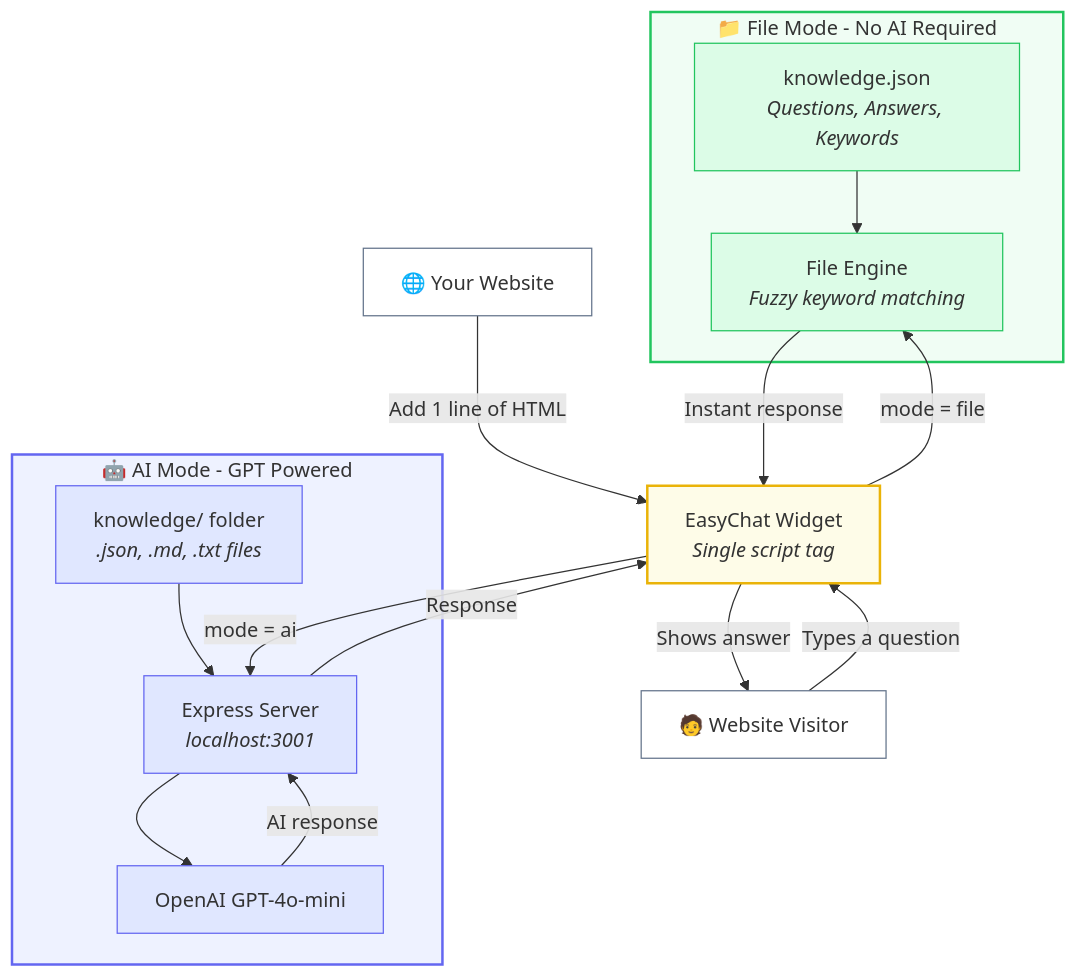
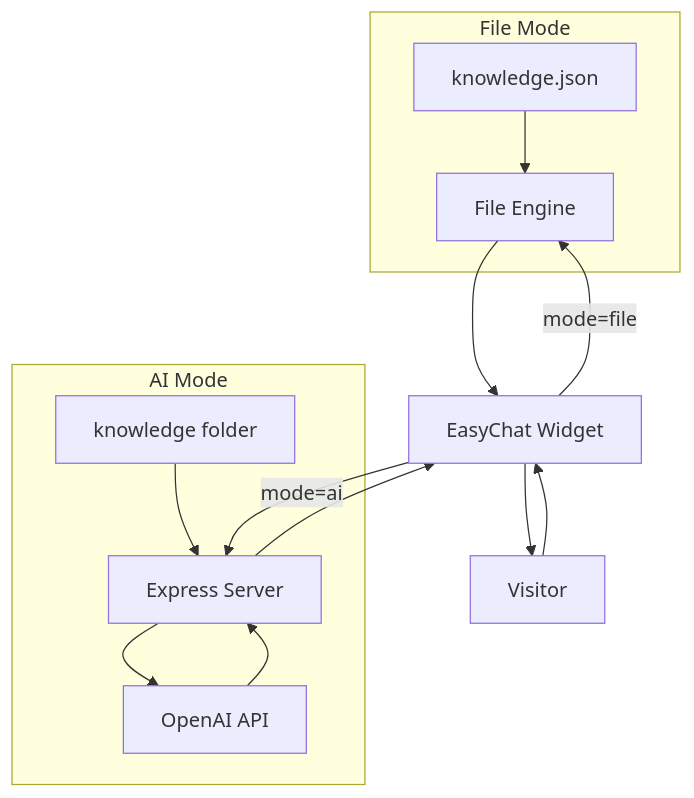
One commit to hoffeloffe/EasyChat changed the diagram in README.md. Above: the diagram before and after it, drawn with Mermaid. The commit also changed other lines of this file, not shown here.

````diff
--- a/README.md
+++ b/README.md
@@ -14,40 +7,18 @@
 ```mermaid
 flowchart TD
-  subgraph FileMode["📁 File Mode - No AI Required"]
-    KB["knowledge.json<br><i>Questions, Answers, Keywords</i>"]
-    FE["File Engine<br><i>Fuzzy keyword matching</i>"]
-    KB --> FE
+  subgraph FileMode["File Mode"]
+    KB[knowledge.json] --> FE[File Engine]
   end
 
-  subgraph AIMode["🤖 AI Mode - GPT Powered"]
-    KF["knowledge/ folder<br><i>.json, .md, .txt files</i>"]
-    SRV["Express Server<br><i>localhost:3001</i>"]
-    OAI["OpenAI GPT-4o-mini"]
-    KF --> SRV
-    SRV --> OAI
+  subgraph AIMode["AI Mode"]
+    KF[knowledge folder] --> SRV[Express Server]
+    SRV --> OAI[OpenAI API]
   end
 
-  User["🧑 Website Visitor"]
-  Widget["EasyChat Widget<br><i>Single script tag</i>"]
-  Website["🌐 Your Website"]
-
-  Website -->|"Add 1 line of HTML"| Widget
-  User -->|"Types a question"| Widget
-  Widget -->|"mode = file"| FE
-  Widget -->|"mode = ai"| SRV
-  FE -->|"Instant response"| Widget
-  OAI -->|"AI response"| SRV
-  SRV -->|"Response"| Widget
-  Widget -->|"Shows answer"| User
-
-  style FileMode fill:#f0fdf4,stroke:#22c55e,stroke-width:2px
-  style AIMode fill:#eef2ff,stroke:#6366f1,stroke-width:2px
-  style Widget fill:#fefce8,stroke:#eab308,stroke-width:2px
-  style User fill:#fff,stroke:#64748b
-  style Website fill:#fff,stroke:#64748b
-  style KB fill:#dcfce7,stroke:#22c55e
-  style FE fill:#dcfce7,stroke:#22c55e
-  style KF fill:#e0e7ff,stroke:#6366f1
-  style SRV fill:#e0e7ff,stroke:#6366f1
-  style OAI fill:#e0e7ff,stroke:#6366f1
+  User[Visitor] --> Widget[EasyChat Widget]
+  Widget -->|mode=file| FE
+  Widget -->|mode=ai| SRV
+  FE --> Widget
+  OAI --> SRV --> Widget
+  Widget --> User
 ```
````
